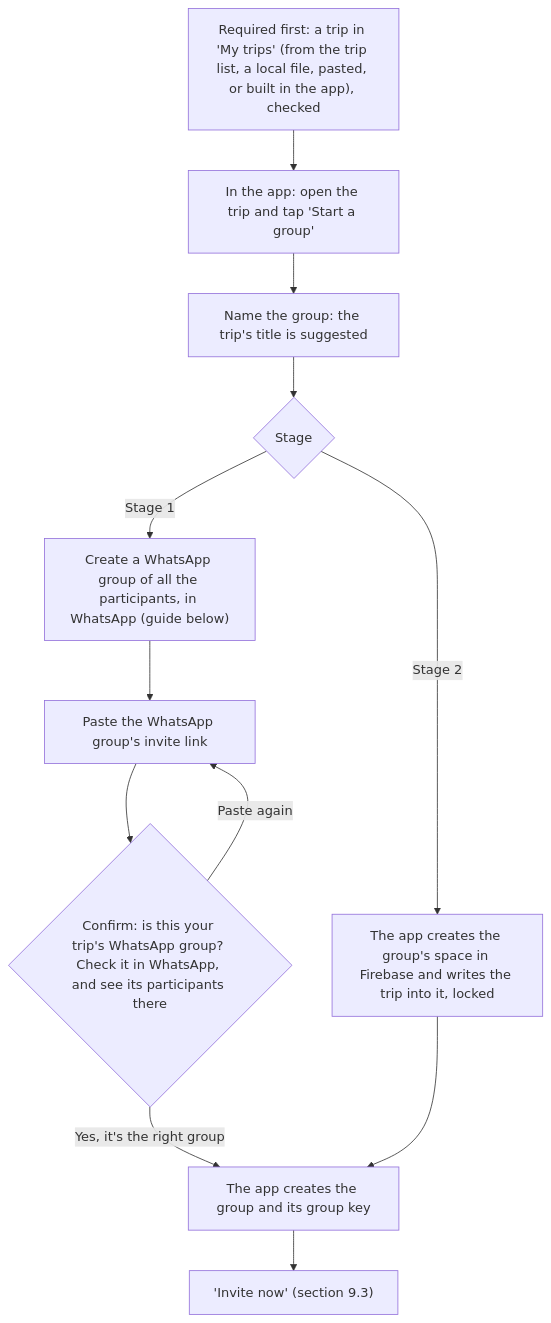
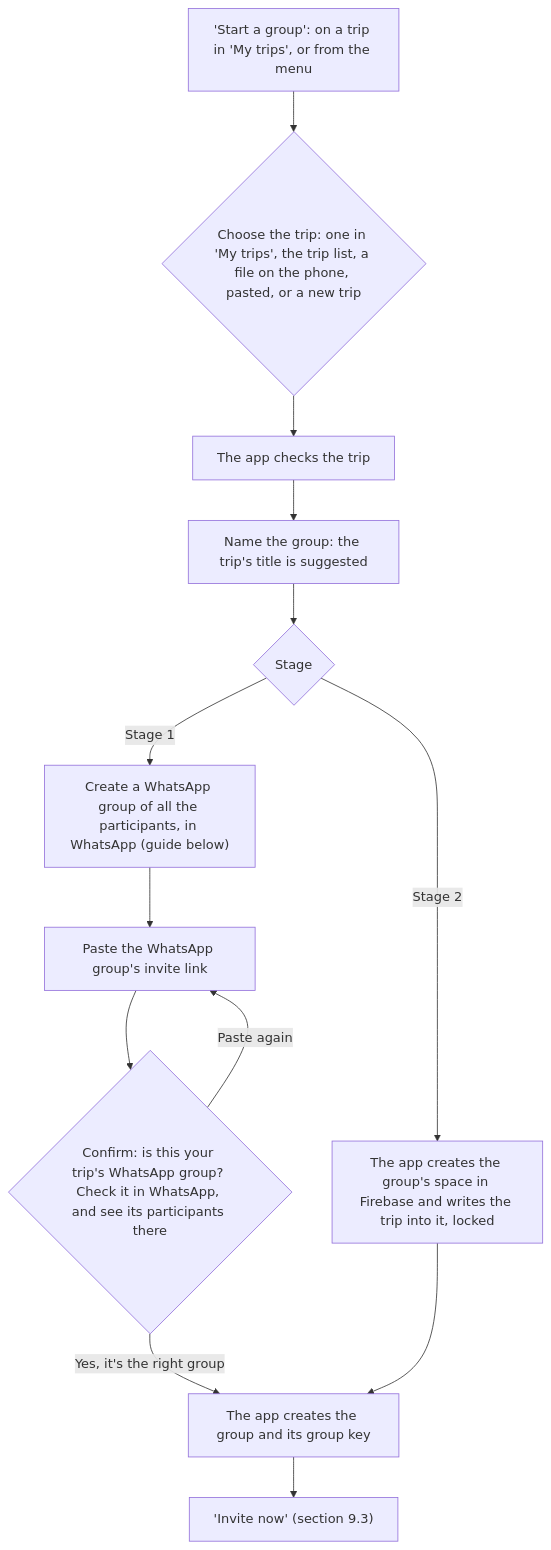
One commit to projects-rs/trip-map changed the first of 3 diagrams in docs/DESIGN.md. Above: the diagram before and after it, drawn with Mermaid. The commit also changed other lines of this file, not shown here.

First line of the commit message:
Design 9.2: start a group with its trip, from My trips or the menu

````diff
--- a/docs/DESIGN.md
+++ b/docs/DESIGN.md
@@ -905,14 +908,15 @@
 ```mermaid
 flowchart TD
-    T["Required first: a trip in 'My trips' (from the trip list, a local file, pasted, or built in the app), checked"] --> A["In the app: open the trip and tap 'Start a group'"]
-    A --> B["Name the group: the trip's title is suggested"]
+    A0["'Start a group': on a trip in 'My trips', or from the menu"] --> A{"Choose the trip: one in 'My trips', the trip list, a file on the phone, pasted, or a new trip"}
+    A --> CK["The app checks the trip"]
+    CK --> B["Name the group: the trip's title is suggested"]
     B --> S{"Stage"}
     S -->|"Stage 1"| W1["Create a WhatsApp group of all the participants, in WhatsApp (guide below)"]
     W1 --> W2["Paste the WhatsApp group's invite link"]
     W2 --> W3{"Confirm: is this your trip's WhatsApp group? Check it in WhatsApp, and see its participants there"}
     W3 -->|"Paste again"| W2
     W3 -->|"Yes, it's the right group"| E["The app creates the group and its group key"]
     S -->|"Stage 2"| F1["The app creates the group's space in Firebase and writes the trip into it, locked"]
     F1 --> E
     E --> F["'Invite now' (section 9.3)"]
 ```
````
